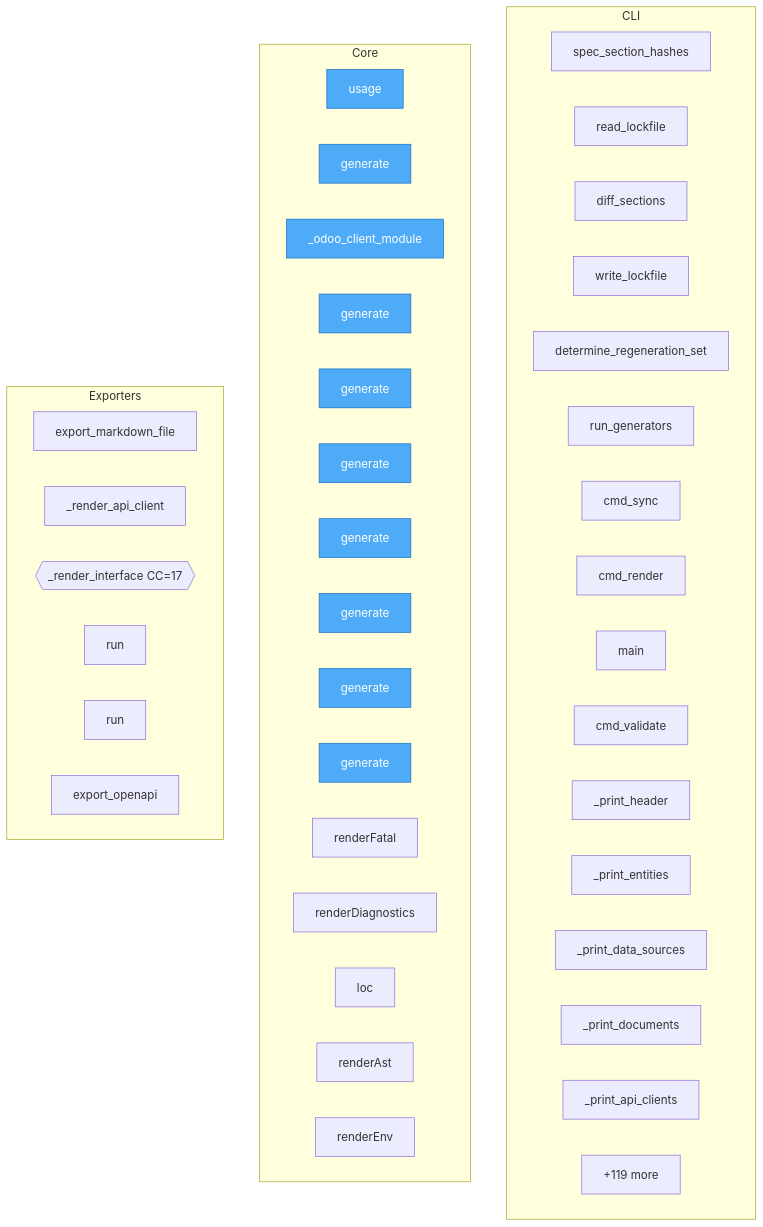
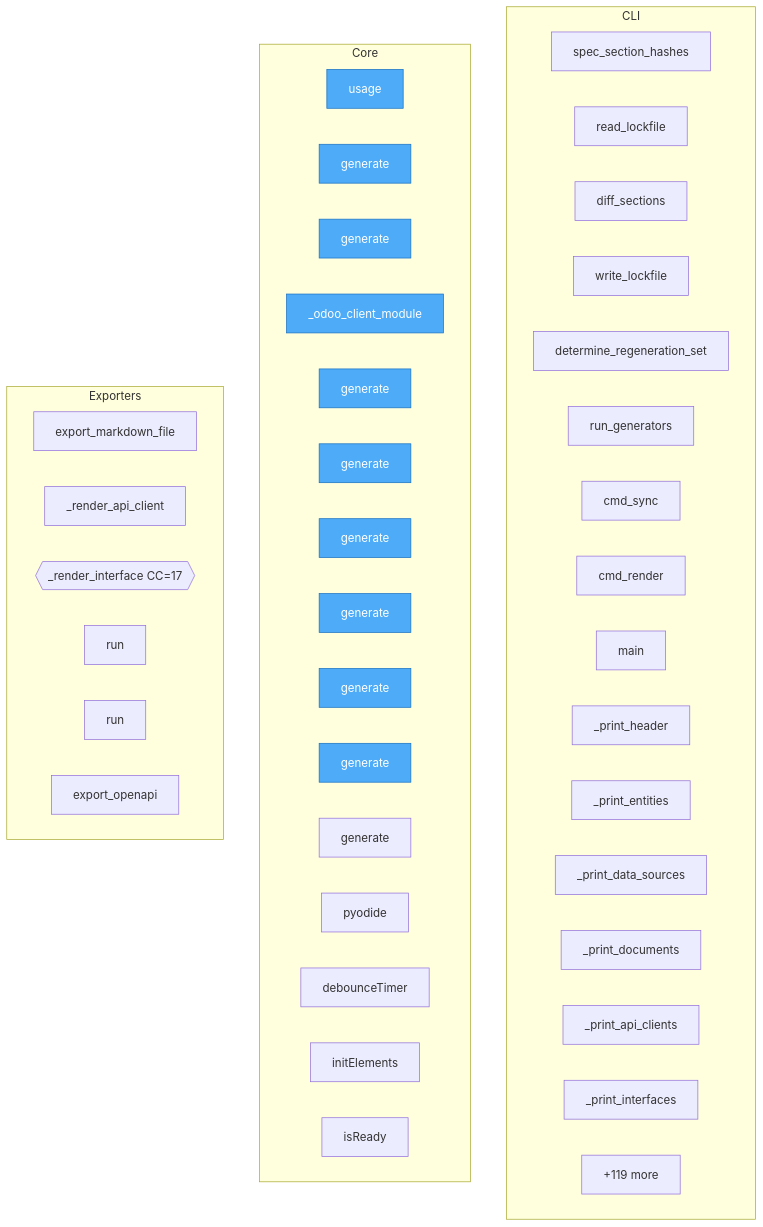
One commit to oqlos/doql changed the diagram in project/flow.mmd. Above: the diagram before and after it, drawn with Mermaid. The commit also changed 31 other files, not shown here.

```diff
--- a/project/flow.mmd
+++ b/project/flow.mmd
@@ -1,53 +1,53 @@
 flowchart TD
 
     %% Entry points (blue)
     classDef entry fill:#4dabf7,stroke:#1971c2,color:#fff
 
     subgraph CLI
         doql__cli__lockfile__spec_section_hashes["spec_section_hashes"]
         doql__cli__lockfile__read_lockfile["read_lockfile"]
         doql__cli__lockfile__diff_sections["diff_sections"]
         doql__cli__lockfile__write_lockfile["write_lockfile"]
         doql__cli__sync__determine_regeneration_set["determine_regeneration_set"]
         doql__cli__sync__run_generators["run_generators"]
         doql__cli__sync__cmd_sync["cmd_sync"]
         doql__cli__commands__render__cmd_render["cmd_render"]
         doql__cli__main__main["main"]
-        doql__cli__commands__validate__cmd_validate["cmd_validate"]
         doql__cli__commands__plan___print_header["_print_header"]
         doql__cli__commands__plan___print_entities["_print_entities"]
         doql__cli__commands__plan___print_data_sources["_print_data_sources"]
         doql__cli__commands__plan___print_documents["_print_documents"]
         doql__cli__commands__plan___print_api_clients["_print_api_clients"]
+        doql__cli__commands__plan___print_interfaces["_print_interfaces"]
         ...["+58 more"]
     end
 
     subgraph Core
         doql__usage["usage"]
+        plugins__doql_plugin_iso17025__doql_plugin_iso17025__traceability__generate["generate"]
         plugins__doql_plugin_gxp__doql_plugin_gxp__generate["generate"]
         plugins__doql_plugin_erp__doql_plugin_erp___odoo_client_module["_odoo_client_module"]
         plugins__doql_plugin_erp__doql_plugin_erp__generate["generate"]
-        plugins__doql_plugin_iso17025__doql_plugin_iso17025__traceability__generate["generate"]
+        plugins__doql_plugin_iso17025__doql_plugin_iso17025__generate["generate"]
         plugins__doql_plugin_iso17025__doql_plugin_iso17025__certificate__generate["generate"]
         plugins__doql_plugin_iso17025__doql_plugin_iso17025__migration__generate["generate"]
-        plugins__doql_plugin_iso17025__doql_plugin_iso17025__generate["generate"]
+        plugins__doql_plugin_fleet__doql_plugin_fleet__generate["generate"]
+        plugins__doql_plugin_iso17025__doql_plugin_iso17025__drift_monitor__generate["generate"]
         plugins__doql_plugin_iso17025__doql_plugin_iso17025__uncertainty__generate["generate"]
-        plugins__doql_plugin_iso17025__doql_plugin_iso17025__drift_monitor__generate["generate"]
-        playground__renderers__renderFatal["renderFatal"]
-        playground__renderers__renderDiagnostics["renderDiagnostics"]
-        playground__renderers__loc["loc"]
-        playground__renderers__renderAst["renderAst"]
-        playground__renderers__renderEnv["renderEnv"]
+        playground__pyodide_bridge__pyodide["pyodide"]
+        playground__pyodide_bridge__debounceTimer["debounceTimer"]
+        playground__pyodide_bridge__initElements["initElements"]
+        playground__pyodide_bridge__isReady["isReady"]
         ...["+119 more"]
     end
 
     subgraph Exporters
         doql__exporters__markdown__export_markdown_file["export_markdown_file"]
         doql__exporters__css__renderers___render_api_client["_render_api_client"]
         doql__exporters__css__renderers___render_interface{{_render_interface CC=17}}
         doql__generators__export_postman__run["run"]
         doql__generators__export_ts_sdk__run["run"]
         doql__generators__api_gen__export_openapi["export_openapi"]
     end
 
-    class doql__usage,plugins__doql_plugin_gxp__doql_plugin_gxp__generate,plugins__doql_plugin_erp__doql_plugin_erp___odoo_client_module,plugins__doql_plugin_erp__doql_plugin_erp__generate,plugins__doql_plugin_iso17025__doql_plugin_iso17025__traceability__generate,plugins__doql_plugin_iso17025__doql_plugin_iso17025__certificate__generate,plugins__doql_plugin_iso17025__doql_plugin_iso17025__migration__generate,plugins__doql_plugin_iso17025__doql_plugin_iso17025__generate,plugins__doql_plugin_iso17025__doql_plugin_iso17025__uncertainty__generate,plugins__doql_plugin_iso17025__doql_plugin_iso17025__drift_monitor__generate entry
+    class doql__usage,plugins__doql_plugin_iso17025__doql_plugin_iso17025__traceability__generate,plugins__doql_plugin_gxp__doql_plugin_gxp__generate,plugins__doql_plugin_erp__doql_plugin_erp___odoo_client_module,plugins__doql_plugin_erp__doql_plugin_erp__generate,plugins__doql_plugin_iso17025__doql_plugin_iso17025__generate,plugins__doql_plugin_iso17025__doql_plugin_iso17025__certificate__generate,plugins__doql_plugin_iso17025__doql_plugin_iso17025__migration__generate,plugins__doql_plugin_fleet__doql_plugin_fleet__generate,plugins__doql_plugin_iso17025__doql_plugin_iso17025__drift_monitor__generate entry
```
